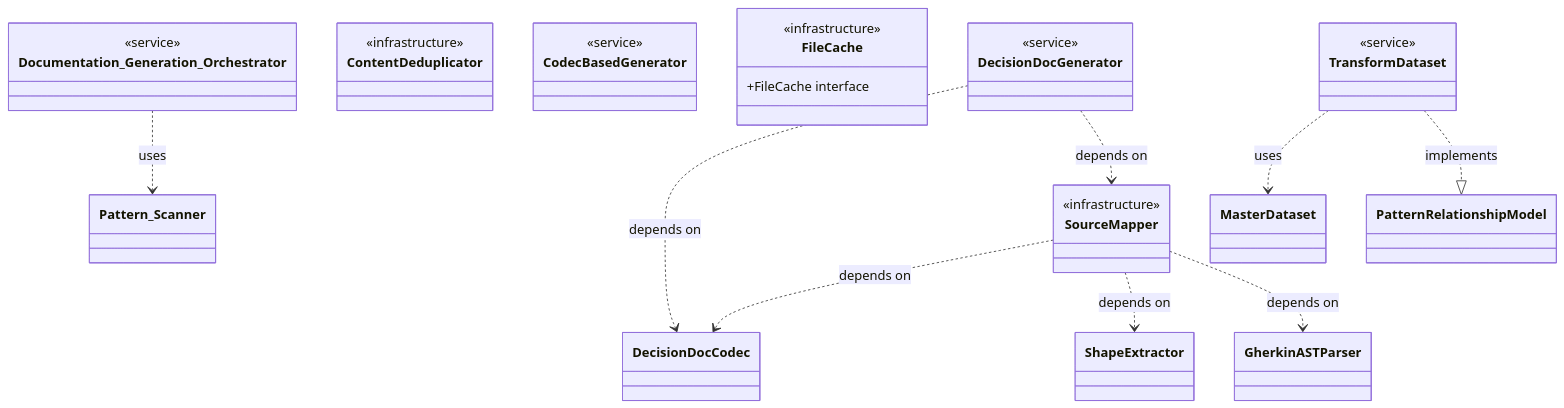
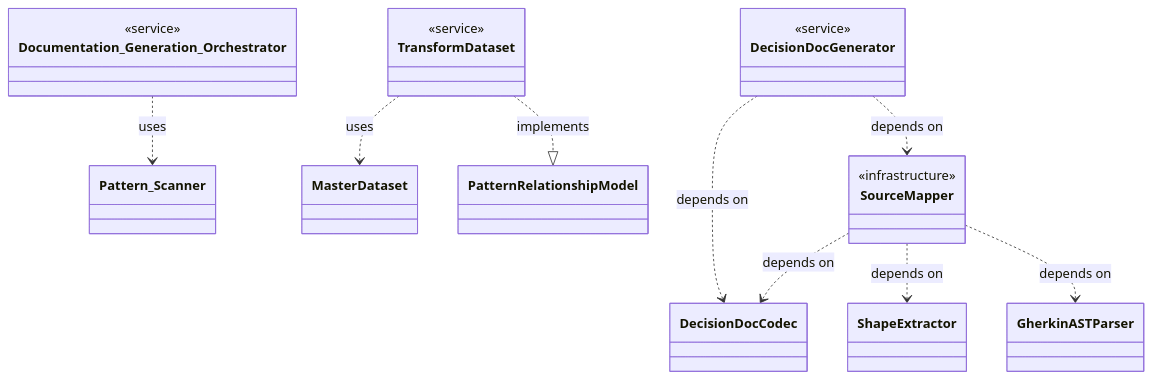
Before and after one commit to libar-dev/architect: the third of 6 diagrams in docs-generated/docs/REFERENCE-SAMPLE.md, drawn with Mermaid. The commit also changed other lines of this file and 73 other files, not shown here.

````diff
--- a/docs-generated/docs/REFERENCE-SAMPLE.md
+++ b/docs-generated/docs/REFERENCE-SAMPLE.md
@@ -184,39 +186,29 @@
 ```mermaid
 classDiagram
     class SourceMapper {
         <<infrastructure>>
     }
     class Documentation_Generation_Orchestrator {
         <<service>>
     }
-    class ContentDeduplicator {
-        <<infrastructure>>
-    }
-    class CodecBasedGenerator {
+    class TransformDataset {
         <<service>>
     }
-    class FileCache {
-        <<infrastructure>>
-        +FileCache interface
-    }
     class DecisionDocGenerator {
-        <<service>>
-    }
-    class TransformDataset {
         <<service>>
     }
     class MasterDataset
     class Pattern_Scanner
     class GherkinASTParser
     class ShapeExtractor
     class DecisionDocCodec
     class PatternRelationshipModel
     SourceMapper ..> DecisionDocCodec : depends on
     SourceMapper ..> ShapeExtractor : depends on
     SourceMapper ..> GherkinASTParser : depends on
     Documentation_Generation_Orchestrator ..> Pattern_Scanner : uses
+    TransformDataset ..> MasterDataset : uses
+    TransformDataset ..|> PatternRelationshipModel : implements
     DecisionDocGenerator ..> DecisionDocCodec : depends on
     DecisionDocGenerator ..> SourceMapper : depends on
-    TransformDataset ..> MasterDataset : uses
-    TransformDataset ..|> PatternRelationshipModel : implements
 ```
````
